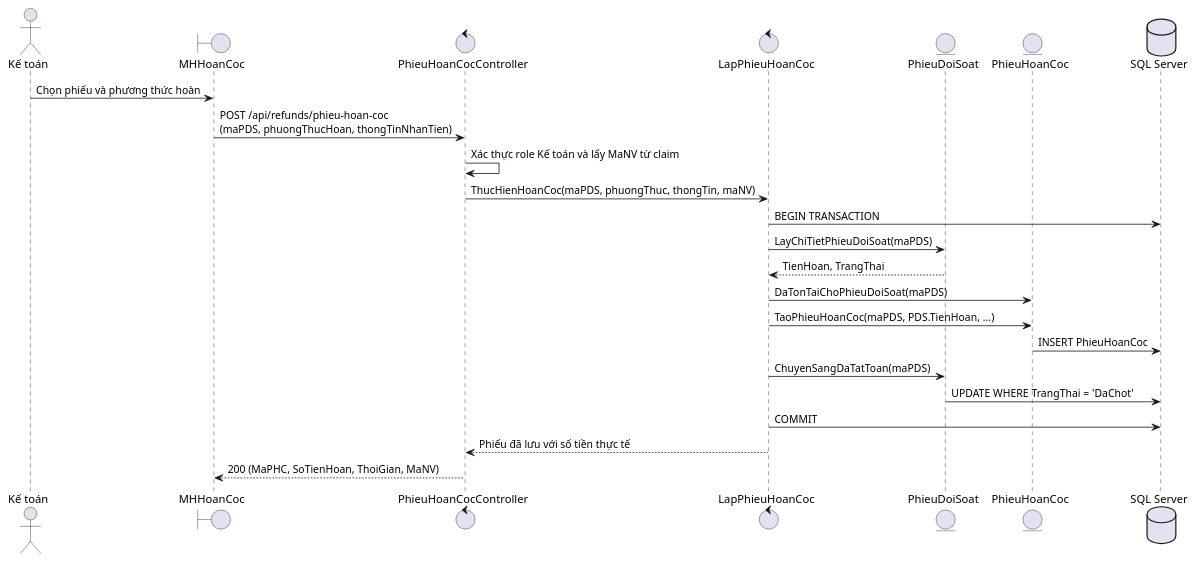
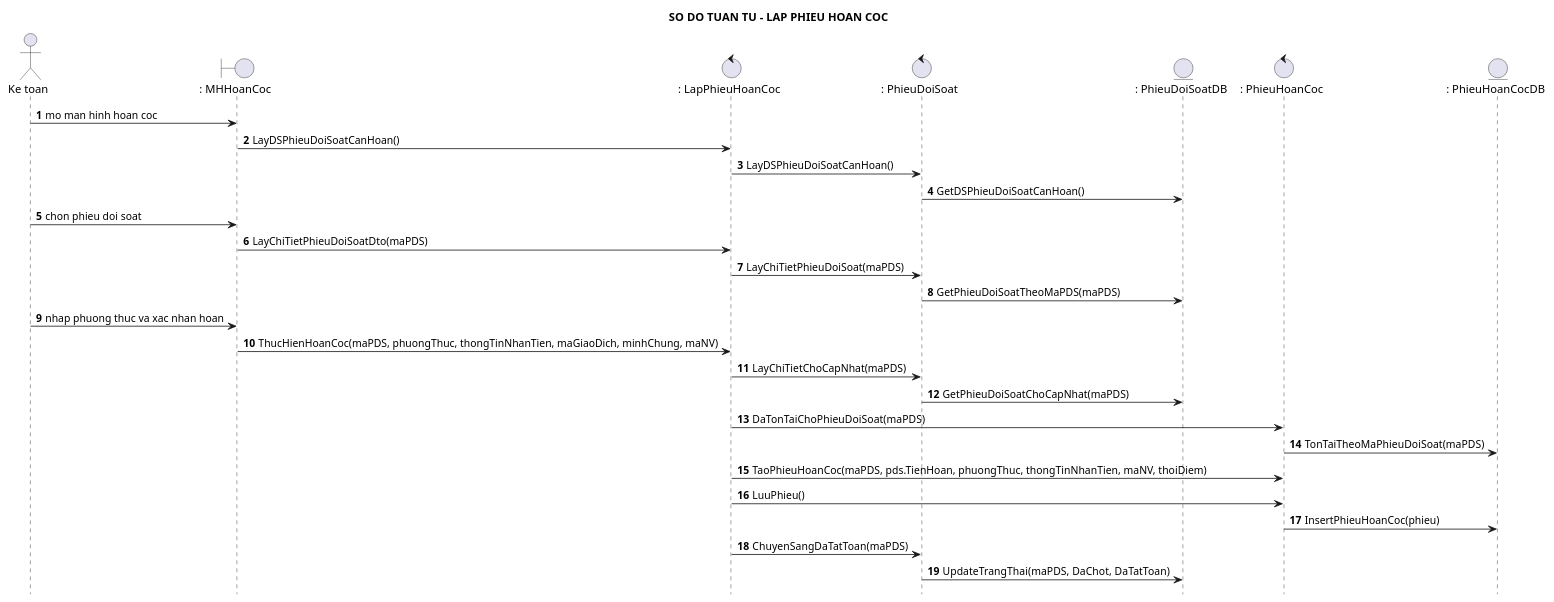
One commit to Ming1309/HomeStay-Dorm changed the diagram in docs/uml/lap-phieu-hoan-coc-sequence.puml. Above: the diagram before and after it, drawn with PlantUML. The commit also changed 58 other files, not shown here.

Commit message:
feat(financial): implement reconciliation approval flow and financial proof storage

```diff
--- a/docs/uml/lap-phieu-hoan-coc-sequence.puml
+++ b/docs/uml/lap-phieu-hoan-coc-sequence.puml
@@ -1,25 +1,34 @@
-@startuml LapPhieuHoanCoc_Sequence
-actor "Kế toán" as KT
-boundary "MHHoanCoc" as MH
-control "PhieuHoanCocController" as API
-control "LapPhieuHoanCoc" as UC
-entity "PhieuDoiSoat" as PDS
-entity "PhieuHoanCoc" as PHC
-database "SQL Server" as DB
+@startuml
+title SO DO TUAN TU - LAP PHIEU HOAN COC
+hide footbox
+autonumber 1 1
+skinparam shadowing false
+actor "Ke toan" as KT
+boundary ": MHHoanCoc" as MH
+control ": LapPhieuHoanCoc" as LPHC
+control ": PhieuDoiSoat" as PDS
+entity ": PhieuDoiSoatDB" as PDSDB
+control ": PhieuHoanCoc" as PHC
+entity ": PhieuHoanCocDB" as PHCDB
 
-KT -> MH : Chọn phiếu và phương thức hoàn
-MH -> API : POST /api/refunds/phieu-hoan-coc\n(maPDS, phuongThucHoan, thongTinNhanTien)
-API -> API : Xác thực role Kế toán và lấy MaNV từ claim
-API -> UC : ThucHienHoanCoc(maPDS, phuongThuc, thongTin, maNV)
-UC -> DB : BEGIN TRANSACTION
-UC -> PDS : LayChiTietPhieuDoiSoat(maPDS)
-PDS --> UC : TienHoan, TrangThai
-UC -> PHC : DaTonTaiChoPhieuDoiSoat(maPDS)
-UC -> PHC : TaoPhieuHoanCoc(maPDS, PDS.TienHoan, ...)
-PHC -> DB : INSERT PhieuHoanCoc
-UC -> PDS : ChuyenSangDaTatToan(maPDS)
-PDS -> DB : UPDATE WHERE TrangThai = 'DaChot'
-UC -> DB : COMMIT
-UC --> API : Phiếu đã lưu với số tiền thực tế
-API --> MH : 200 (MaPHC, SoTienHoan, ThoiGian, MaNV)
+KT -> MH : mo man hinh hoan coc
+MH -> LPHC : LayDSPhieuDoiSoatCanHoan()
+LPHC -> PDS : LayDSPhieuDoiSoatCanHoan()
+PDS -> PDSDB : GetDSPhieuDoiSoatCanHoan()
+KT -> MH : chon phieu doi soat
+MH -> LPHC : LayChiTietPhieuDoiSoatDto(maPDS)
+LPHC -> PDS : LayChiTietPhieuDoiSoat(maPDS)
+PDS -> PDSDB : GetPhieuDoiSoatTheoMaPDS(maPDS)
+
+KT -> MH : nhap phuong thuc va xac nhan hoan
+MH -> LPHC : ThucHienHoanCoc(maPDS, phuongThuc, thongTinNhanTien, maGiaoDich, minhChung, maNV)
+LPHC -> PDS : LayChiTietChoCapNhat(maPDS)
+PDS -> PDSDB : GetPhieuDoiSoatChoCapNhat(maPDS)
+LPHC -> PHC : DaTonTaiChoPhieuDoiSoat(maPDS)
+PHC -> PHCDB : TonTaiTheoMaPhieuDoiSoat(maPDS)
+LPHC -> PHC : TaoPhieuHoanCoc(maPDS, pds.TienHoan, phuongThuc, thongTinNhanTien, maNV, thoiDiem)
+LPHC -> PHC : LuuPhieu()
+PHC -> PHCDB : InsertPhieuHoanCoc(phieu)
+LPHC -> PDS : ChuyenSangDaTatToan(maPDS)
+PDS -> PDSDB : UpdateTrangThai(maPDS, DaChot, DaTatToan)
 @enduml
```
